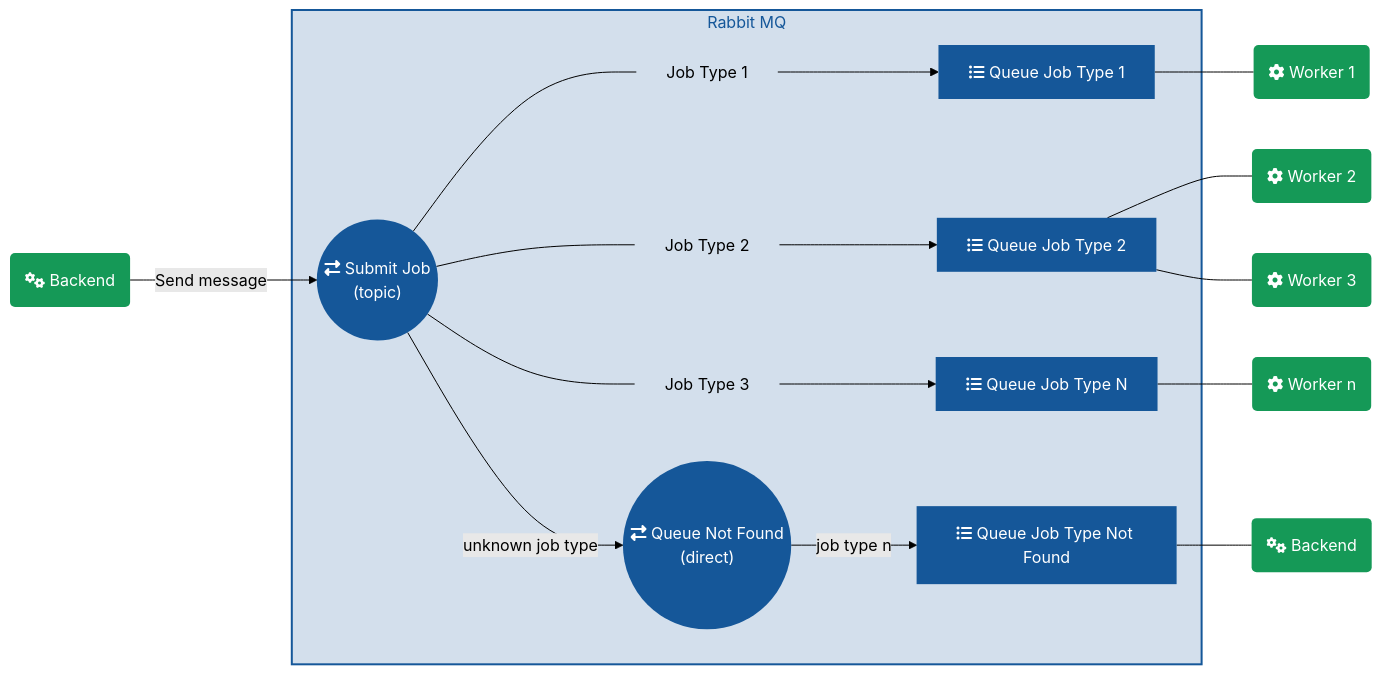
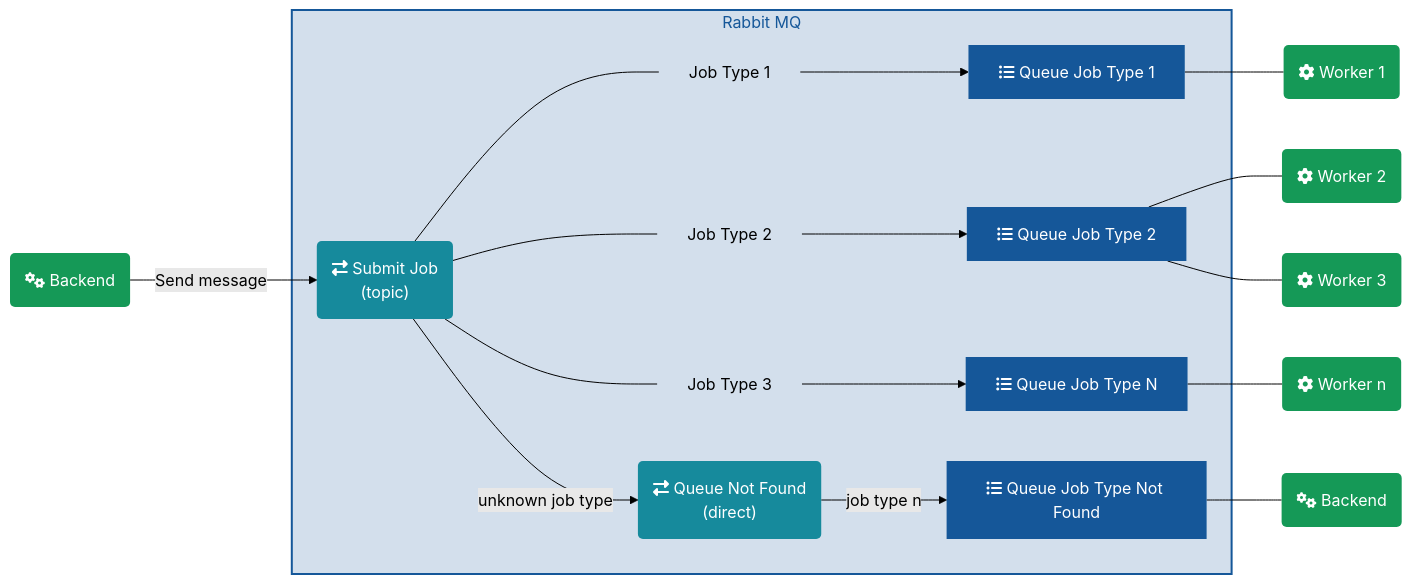
Before and after one commit to media-cloud-ai/media-cloud-ai.github.com: the second of 3 diagrams in step_flow.md, drawn with Mermaid (forest theme). The commit also changed other lines of this file, not shown here.

Commit message:
update schema style

```diff
--- a/step_flow.md
+++ b/step_flow.md
@@ -26,45 +26,46 @@
 <div class="mermaid">
 graph LR
-backend(fa:fa-cogs Backend) --> |Send message| exchange_1(("fa:fa-exchange-alt Submit Job <br/>(topic)"))
+backend(fa:fa-cogs Backend) --> |Send message| exchange_1("fa:fa-exchange-alt Submit Job <br/>(topic)")
 
 subgraph rmq[Rabbit MQ]
   exchange_1--- job_type_1["Job Type 1"] --> q_worker_1[fa:fa-list-ul Queue Job Type 1]
   exchange_1 --- job_type_2["Job Type 2"] -->q_worker_2[fa:fa-list-ul Queue Job Type 2]
   exchange_1 --- job_type_3["Job Type 3"] --> q_worker_n[fa:fa-list-ul Queue Job Type N]
 
-  exchange_1 -->|unknown job type| exchange_unknwon(("fa:fa-exchange-alt Queue Not Found<br/>(direct)"))
+  exchange_1 -->|unknown job type| exchange_unknwon("fa:fa-exchange-alt Queue Not Found<br/>(direct)")
   exchange_unknwon -->|job type n| q_unknown[fa:fa-list-ul Queue Job Type Not Found]
 end
 
 q_worker_1 --- w1(fa:fa-cog Worker 1)
 q_worker_2 --- w2(fa:fa-cog Worker 2)
 q_worker_2 --- w3(fa:fa-cog Worker 3)
 q_worker_n --- wn(fa:fa-cog Worker n)
 q_unknown --- backend_2(fa:fa-cogs Backend)
 
 classDef blue fill:#155799,stroke: none,color: #fff;
+classDef cyan fill:#168a9c,stroke: none,color: #fff;
 classDef green fill:#159957,stroke: none,color: #fff;
 
 class backend green
 class backend_2 green
 class w1 green
 class w2 green
 class w3 green
 class wn green
 class q_worker_1 blue
 class q_worker_2 blue
 class q_worker_n blue
 class q_completed blue
 class q_error blue
 class q_unknown blue
-class exchange_1 blue
-class exchange_2 blue
-class exchange_unknwon blue
+class exchange_1 cyan
+class exchange_2 cyan
+class exchange_unknwon cyan
 
 classDef hidden fill:#fff0,stroke: none,color: #fff;width:0px
 class job_type_1 hidden
 class job_type_2 hidden
 class job_type_3 hidden
 
 style rmq fill:#15579930,stroke:#155799,stroke-width:2px,color:#155799
 </div>
```
